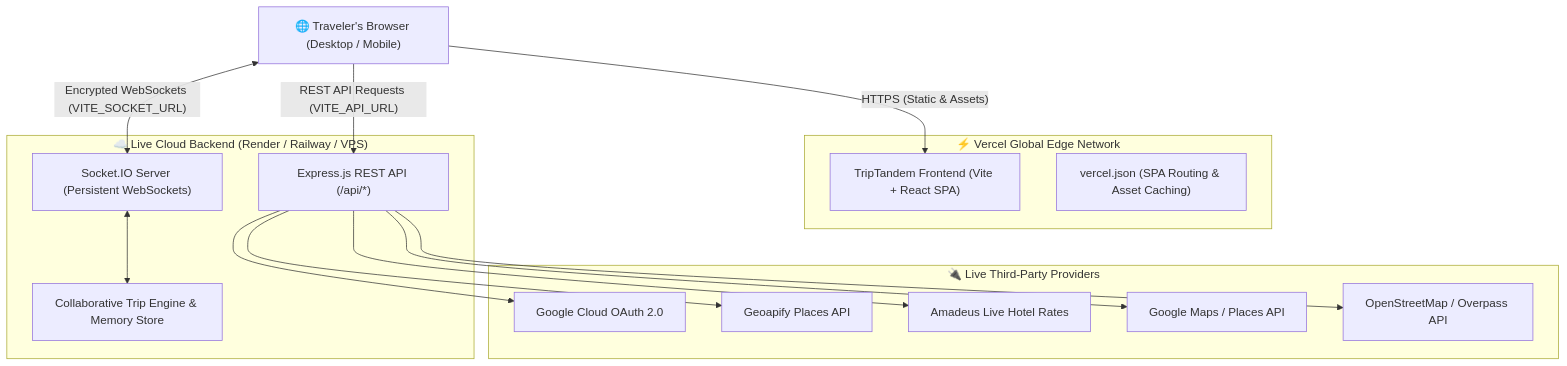
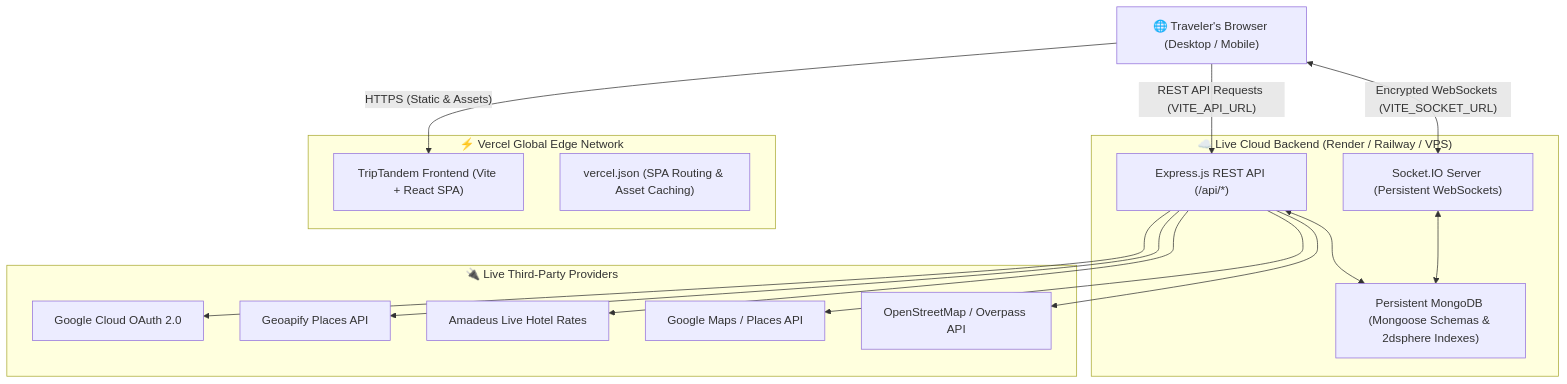
Before and after one commit to Shashaannkk/TripTandem: the diagram in README.md, drawn with Mermaid. The commit also changed other lines of this file and 15 other files, not shown here.

````diff
--- a/README.md
+++ b/README.md
@@ -17,34 +17,35 @@
 ```mermaid
 graph TD
     ClientBrowser["🌐 Traveler's Browser (Desktop / Mobile)"]
     
     subgraph CDN ["⚡ Vercel Global Edge Network"]
         VercelSPA["TripTandem Frontend (Vite + React SPA)"]
         VercelJSON["vercel.json (SPA Routing & Asset Caching)"]
     end
 
     subgraph CloudServer ["☁️ Live Cloud Backend (Render / Railway / VPS)"]
         ExpressApp["Express.js REST API (/api/*)"]
         SocketServer["Socket.IO Server (Persistent WebSockets)"]
-        InMemoryStore["Collaborative Trip Engine & Memory Store"]
+        MongoStore["Persistent MongoDB (Mongoose Schemas & 2dsphere Indexes)"]
     end
 
     subgraph ExternalAPIs ["🔌 Live Third-Party Providers"]
         GoogleOAuth["Google Cloud OAuth 2.0"]
         Geoapify["Geoapify Places API"]
         Amadeus["Amadeus Live Hotel Rates"]
         GooglePlaces["Google Maps / Places API"]
         OSM["OpenStreetMap / Overpass API"]
     end
 
     ClientBrowser -->|"HTTPS (Static & Assets)"| VercelSPA
     ClientBrowser -->|"REST API Requests (VITE_API_URL)"| ExpressApp
     ClientBrowser <-->|"Encrypted WebSockets (VITE_SOCKET_URL)"| SocketServer
     
     ExpressApp --> GoogleOAuth
     ExpressApp --> Geoapify
     ExpressApp --> Amadeus
     ExpressApp --> GooglePlaces
     ExpressApp --> OSM
-    SocketServer <--> InMemoryStore
+    ExpressApp <--> MongoStore
+    SocketServer <--> MongoStore
 ```
````
